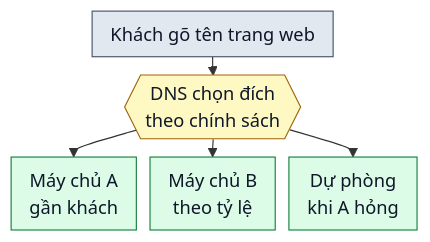
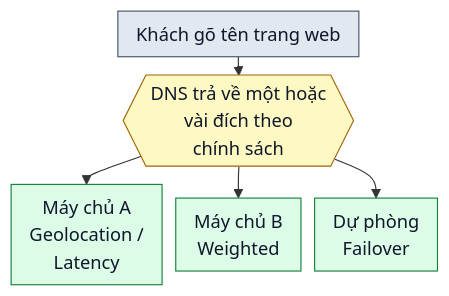
Before and after one commit to vohoailinh90/Agentic-coding-course: the diagram in system-design-101/vi/lessons/sd-01-007/lesson.md, drawn with Mermaid. The commit also changed other lines of this file and 1 other file, not shown here.

First line of the commit message:
sd-01-007: allow several addresses, describe weighting as a DNS-answer ratio, define load balancers by position, make the self-check answerable from the figure

````diff
--- a/system-design-101/vi/lessons/sd-01-007/lesson.md
+++ b/system-design-101/vi/lessons/sd-01-007/lesson.md
@@ -13,16 +13,16 @@
 ```mermaid
 %%{init: {"flowchart": {"nodeSpacing": 12, "rankSpacing": 16, "padding": 8}}}%%
 flowchart TB
     Q["Khách gõ tên trang web"]:::who
-    D{{"DNS chọn đích<br/>theo chính sách"}}:::dns
-    A["Máy chủ A<br/>gần khách"]:::srv
-    B["Máy chủ B<br/>theo tỷ lệ"]:::srv
-    C["Dự phòng<br/>khi A hỏng"]:::srv
+    D{{"DNS trả về một hoặc<br/>vài đích theo<br/>chính sách"}}:::dns
+    A["Máy chủ A<br/>Geolocation /<br/>Latency"]:::srv
+    B["Máy chủ B<br/>Weighted"]:::srv
+    C["Dự phòng<br/>Failover"]:::srv
     Q --> D
     D --> A
     D --> B
     D --> C
     classDef who fill:#e2e8f0,stroke:#475569,color:#0f172a
     classDef dns fill:#fef9c3,stroke:#a16207,color:#0f172a
     classDef srv fill:#dcfce7,stroke:#15803d,color:#0f172a
 ```
````
